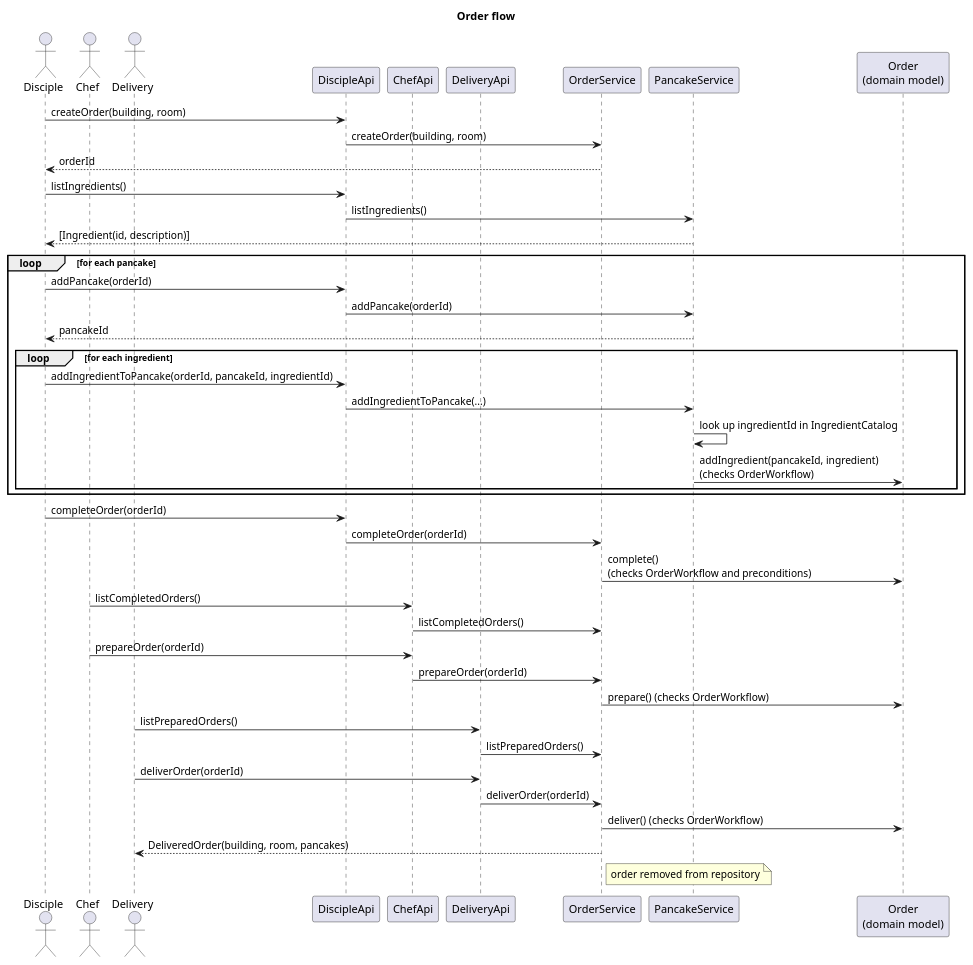
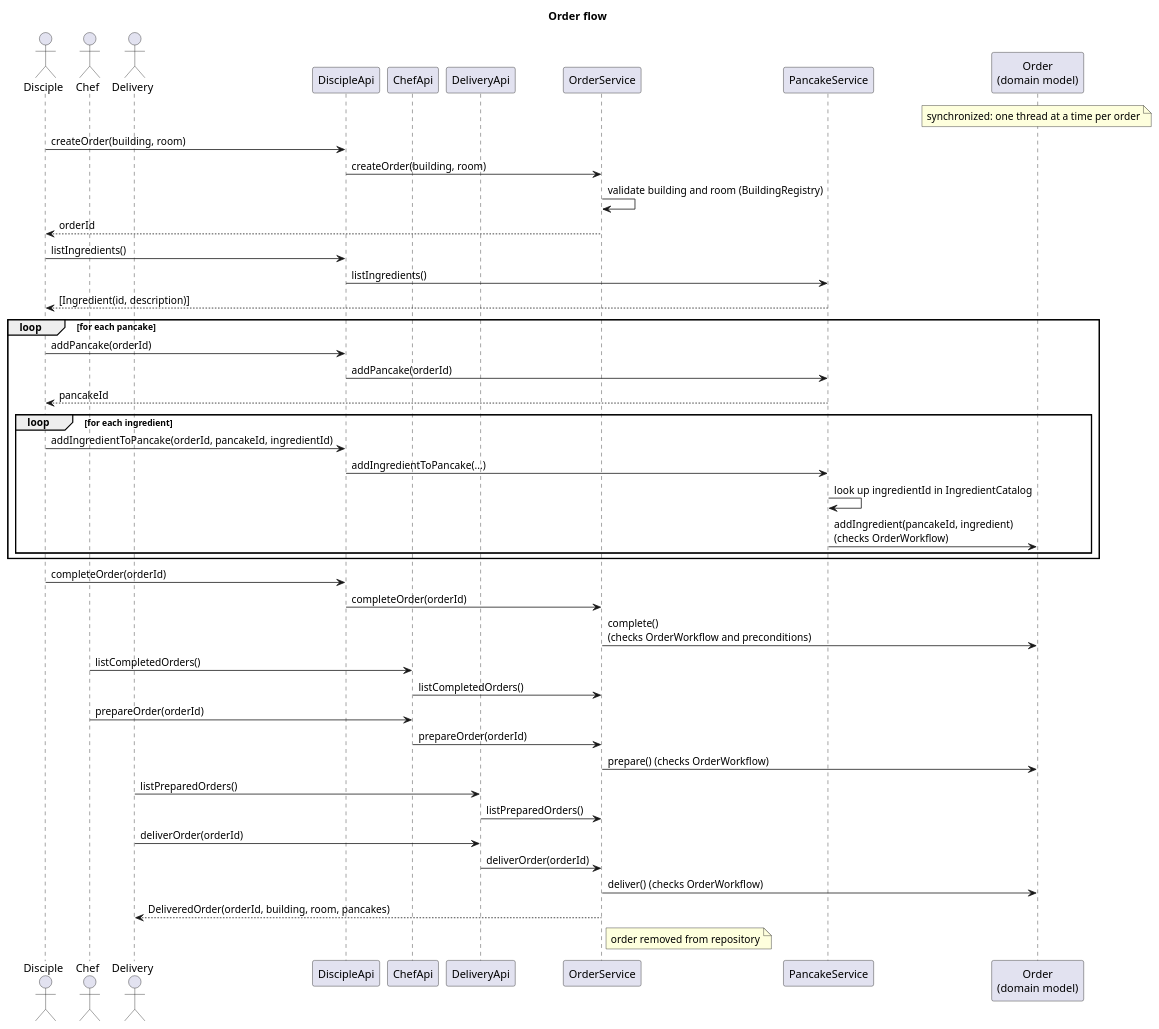
Before and after one commit to VigVahanyan/PancakeLab: the diagram in docs/sequence-diagram.puml, drawn with PlantUML. The commit also changed 1 other file, not shown here.

Commit message:
Update class and sequence diagrams

```diff
--- a/docs/sequence-diagram.puml
+++ b/docs/sequence-diagram.puml
@@ -1,45 +1,47 @@
 @startuml
 title Order flow
 actor Disciple
 actor Chef
 actor Delivery
 participant DiscipleApi as D
 participant ChefApi as C
 participant DeliveryApi as V
 participant OrderService as OS
 participant PancakeService as PS
 participant "Order\n(domain model)" as O
+note over O : synchronized: one thread at a time per order
 
 Disciple -> D : createOrder(building, room)
 D -> OS : createOrder(building, room)
+OS -> OS : validate building and room (BuildingRegistry)
 OS --> Disciple : orderId
 Disciple -> D : listIngredients()
 D -> PS : listIngredients()
 PS --> Disciple : [Ingredient(id, description)]
 loop for each pancake
   Disciple -> D : addPancake(orderId)
   D -> PS : addPancake(orderId)
   PS --> Disciple : pancakeId
   loop for each ingredient
     Disciple -> D : addIngredientToPancake(orderId, pancakeId, ingredientId)
     D -> PS : addIngredientToPancake(...)
     PS -> PS : look up ingredientId in IngredientCatalog
     PS -> O : addIngredient(pancakeId, ingredient)\n(checks OrderWorkflow)
   end
 end
 Disciple -> D : completeOrder(orderId)
 D -> OS : completeOrder(orderId)
 OS -> O : complete()\n(checks OrderWorkflow and preconditions)
 Chef -> C : listCompletedOrders()
 C -> OS : listCompletedOrders()
 Chef -> C : prepareOrder(orderId)
 C -> OS : prepareOrder(orderId)
 OS -> O : prepare() (checks OrderWorkflow)
 Delivery -> V : listPreparedOrders()
 V -> OS : listPreparedOrders()
 Delivery -> V : deliverOrder(orderId)
 V -> OS : deliverOrder(orderId)
 OS -> O : deliver() (checks OrderWorkflow)
-OS --> Delivery : DeliveredOrder(building, room, pancakes)
+OS --> Delivery : DeliveredOrder(orderId, building, room, pancakes)
 note right of OS : order removed from repository
 @enduml
```
